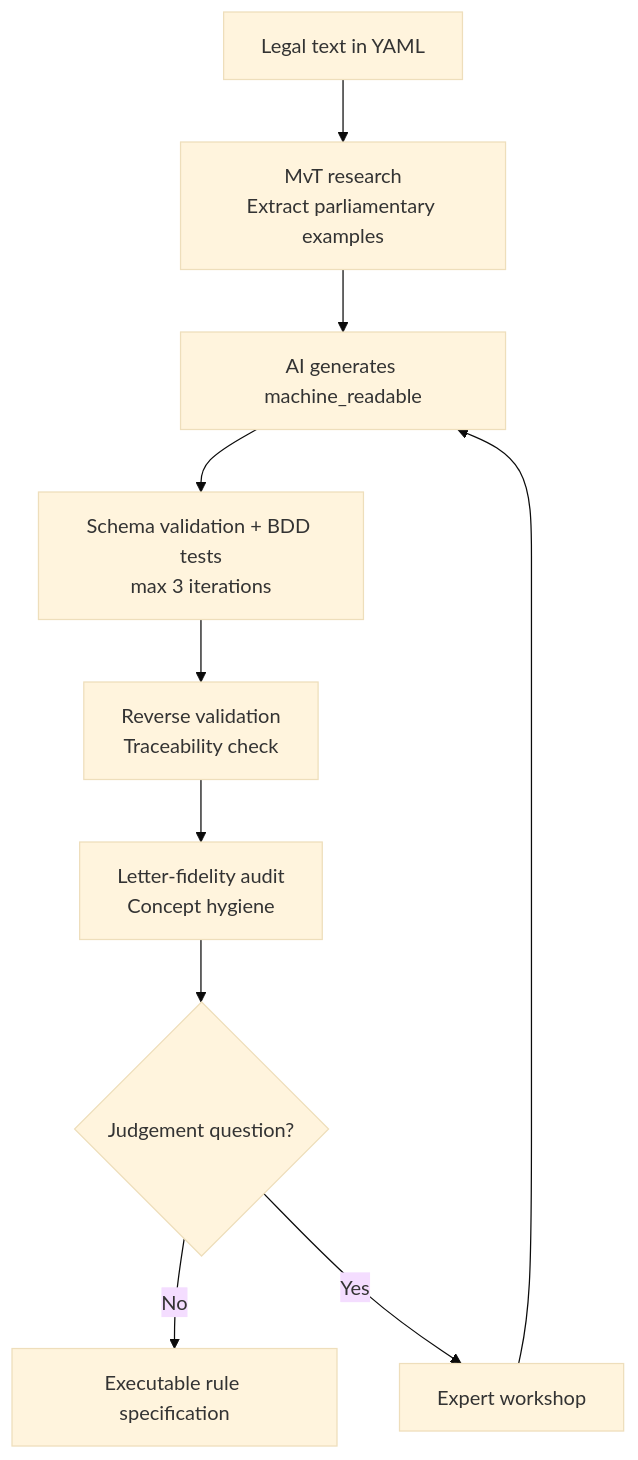
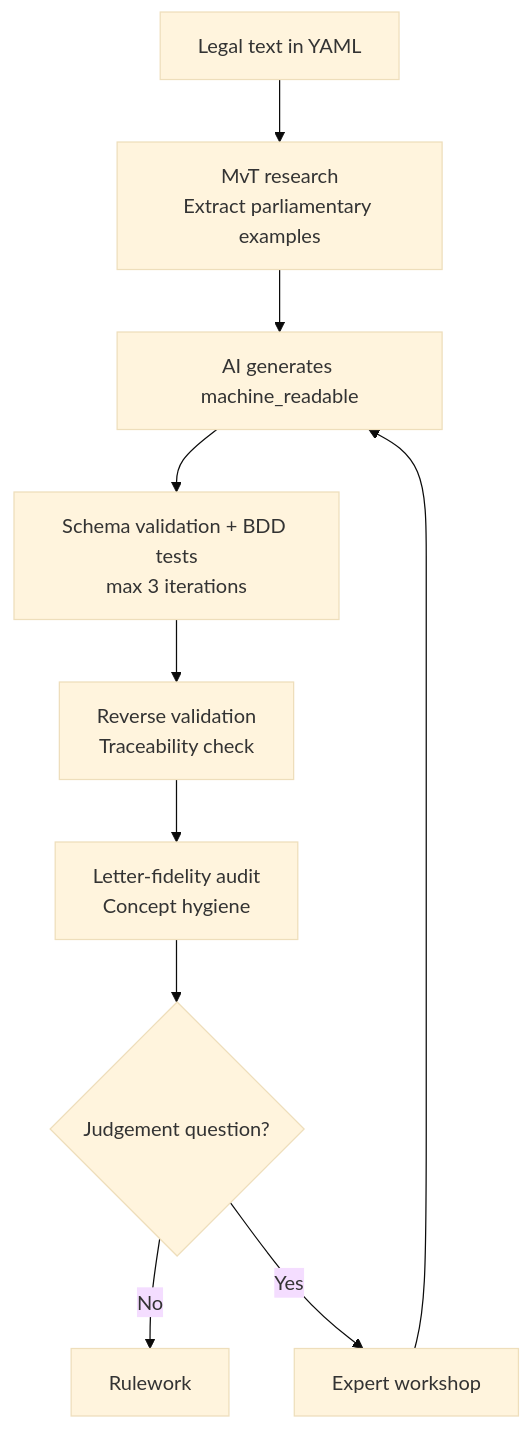
One commit to MinBZK/regelrecht changed the third of 5 diagrams in docs/src/content/docs/concepts/validation-methodology.md. Above: the diagram before and after it, drawn with Mermaid (base theme). The commit also changed other lines of this file and 114 other files, not shown here.

````diff
--- a/docs/src/content/docs/concepts/validation-methodology.md
+++ b/docs/src/content/docs/concepts/validation-methodology.md
@@ -120,12 +120,12 @@
 ```mermaid
 flowchart TD
     A[Legal text in YAML] --> B[MvT research\nExtract parliamentary examples]
     B --> C[AI generates machine_readable]
     C --> D[Schema validation + BDD tests\nmax 3 iterations]
     D --> E[Reverse validation\nTraceability check]
     E --> F[Letter-fidelity audit\nConcept hygiene]
     F --> G{Judgement question?}
-    G -->|No| H[Executable rule specification]
+    G -->|No| H[Rulework]
     G -->|Yes| W[Expert workshop]
     W --> C
 ```
````
